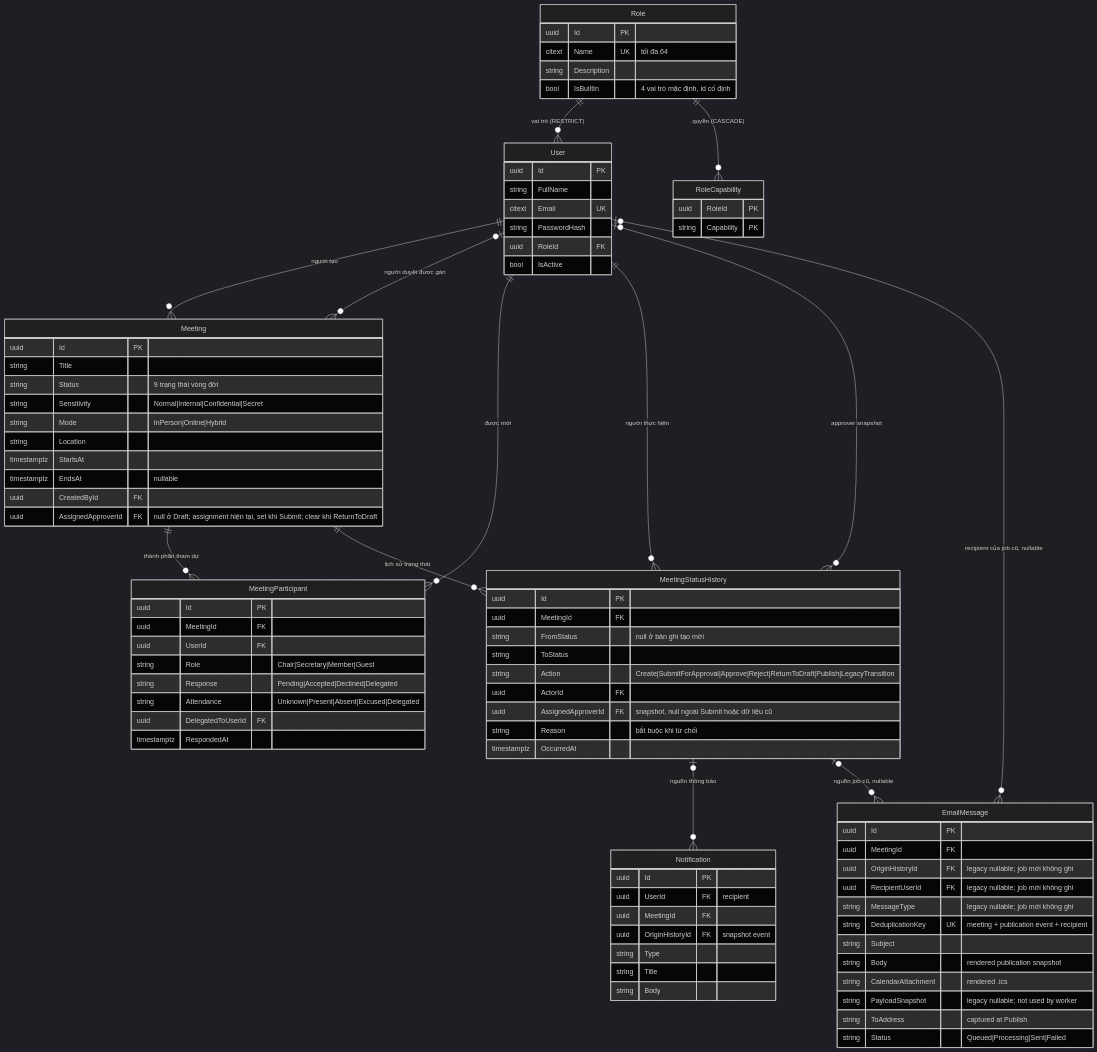
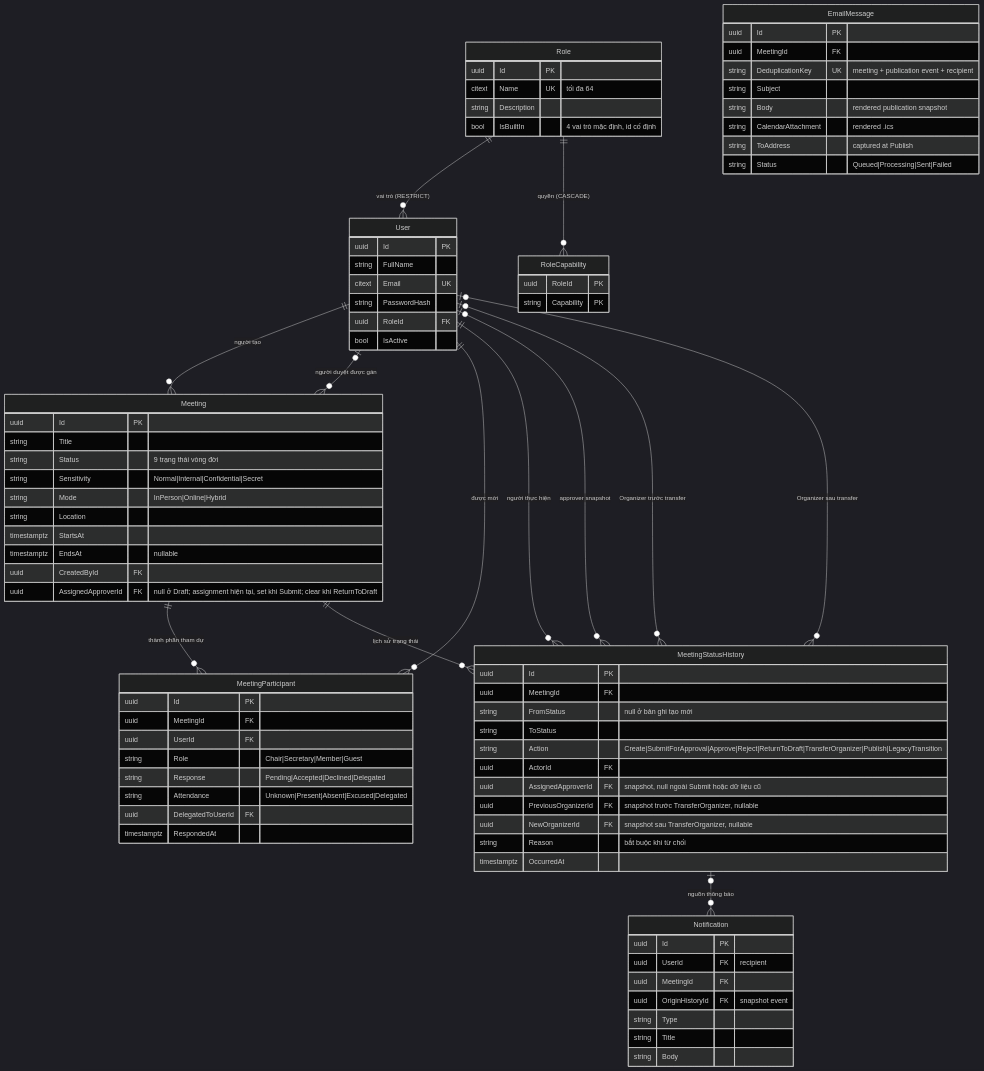
Before and after one commit to callmehai/FU-FA26-G116: the first of 5 diagrams in docs/02-design/02-erd.md, drawn with Mermaid (dark theme). The commit also changed other lines of this file and 32 other files, not shown here.

First line of the commit message:
Recover approved meetings with organizer transfer

```diff
--- a/docs/02-design/02-erd.md
+++ b/docs/02-design/02-erd.md
@@ -43,11 +43,11 @@
     User ||--o{ MeetingParticipant : "được mời"
     User ||--o{ MeetingStatusHistory : "người thực hiện"
     User o|--o{ MeetingStatusHistory : "approver snapshot"
+    User o|--o{ MeetingStatusHistory : "Organizer trước transfer"
+    User o|--o{ MeetingStatusHistory : "Organizer sau transfer"
     Meeting ||--o{ MeetingParticipant : "thành phần tham dự"
     Meeting ||--o{ MeetingStatusHistory : "lịch sử trạng thái"
     MeetingStatusHistory o|--o{ Notification : "nguồn thông báo"
-    MeetingStatusHistory o|--o{ EmailMessage : "nguồn job cũ, nullable"
-    User o|--o{ EmailMessage : "recipient của job cũ, nullable"
 
     User {
         uuid Id PK
@@ -94,9 +94,11 @@
         uuid MeetingId FK
         string FromStatus "null ở bản ghi tạo mới"
         string ToStatus
-        string Action "Create|SubmitForApproval|Approve|Reject|ReturnToDraft|Publish|LegacyTransition"
+        string Action "Create|SubmitForApproval|Approve|Reject|ReturnToDraft|TransferOrganizer|Publish|LegacyTransition"
         uuid ActorId FK
         uuid AssignedApproverId FK "snapshot, null ngoài Submit hoặc dữ liệu cũ"
+        uuid PreviousOrganizerId FK "snapshot trước TransferOrganizer, nullable"
+        uuid NewOrganizerId FK "snapshot sau TransferOrganizer, nullable"
         string Reason "bắt buộc khi từ chối"
         timestamptz OccurredAt
     }
@@ -112,14 +114,10 @@
     EmailMessage {
         uuid Id PK
         uuid MeetingId FK
-        uuid OriginHistoryId FK "legacy nullable; job mới không ghi"
-        uuid RecipientUserId FK "legacy nullable; job mới không ghi"
-        string MessageType "legacy nullable; job mới không ghi"
         string DeduplicationKey UK "meeting + publication event + recipient"
         string Subject
         string Body "rendered publication snapshot"
         string CalendarAttachment "rendered .ics"
-        string PayloadSnapshot "legacy nullable; not used by worker"
         string ToAddress "captured at Publish"
         string Status "Queued|Processing|Sent|Failed"
     }
```
